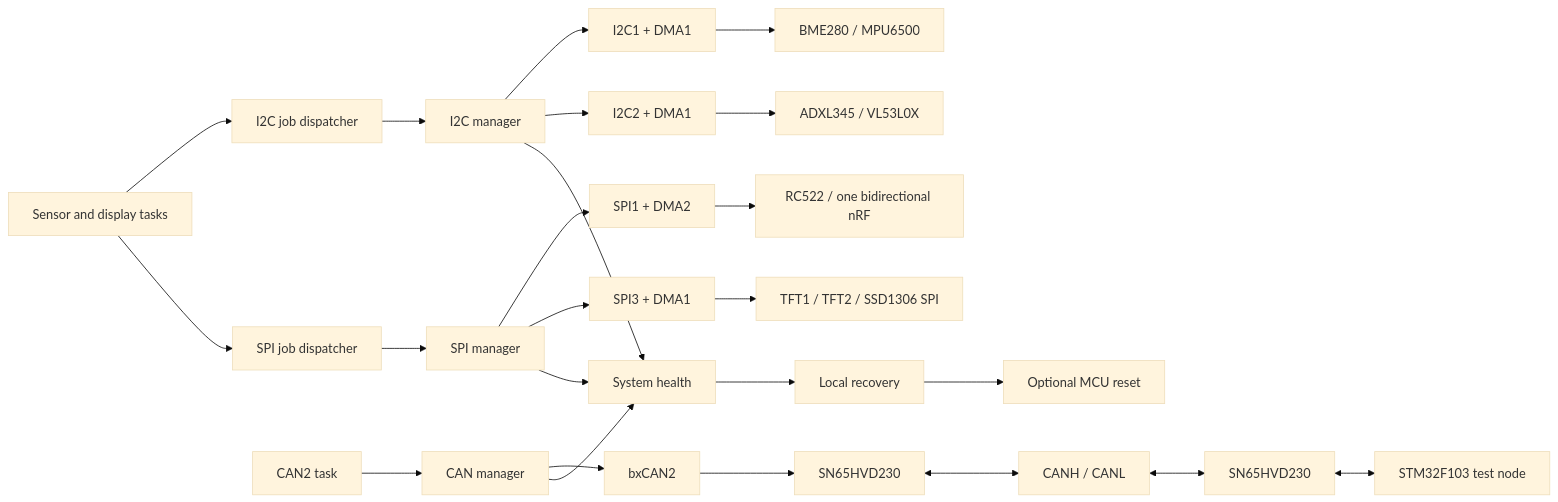
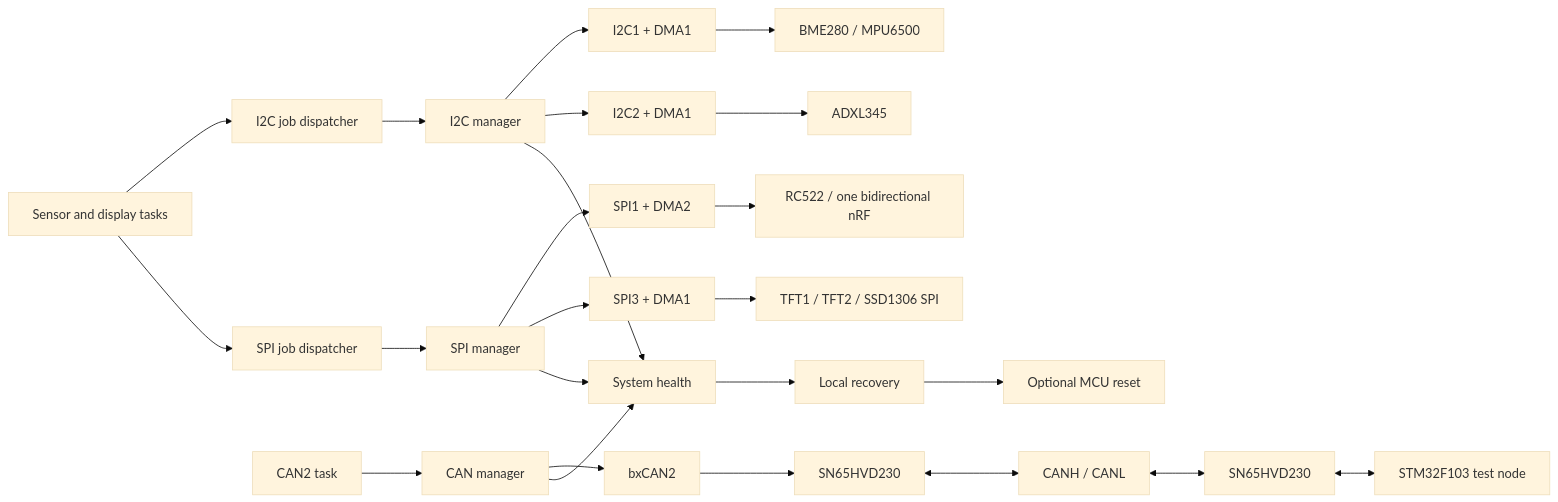
One commit to mechacoredev/stm32f4-freertos-multi-device-hub changed the diagram in README.md. Above: the diagram before and after it, drawn with Mermaid (base theme). The commit also changed other lines of this file and 97 other files, not shown here.

````diff
--- a/README.md
+++ b/README.md
@@ -29,30 +29,30 @@
 ```mermaid
 flowchart LR
     Sensors[Sensor and display tasks] --> I2CQ[I2C job dispatcher]
     Sensors --> SPIQ[SPI job dispatcher]
     CANApp[CAN2 task] --> CANM[CAN manager]
 
     I2CQ --> I2CM[I2C manager]
     SPIQ --> SPIM[SPI manager]
 
     I2CM --> I2C1[I2C1 + DMA1]
     I2CM --> I2C2[I2C2 + DMA1]
     SPIM --> SPI1[SPI1 + DMA2]
     SPIM --> SPI3[SPI3 + DMA1]
     CANM --> CAN2[bxCAN2]
 
     I2C1 --> I2CDevices[BME280 / MPU6500]
-    I2C2 --> I2C2Devices[ADXL345 / VL53L0X]
+    I2C2 --> I2C2Devices[ADXL345]
     SPI1 --> SPI1Devices[RC522 / one bidirectional nRF]
     SPI3 --> SPI3Devices[TFT1 / TFT2 / SSD1306 SPI]
     CAN2 --> PHY1[SN65HVD230]
     PHY1 <--> Bus[CANH / CANL]
     Bus <--> PHY2[SN65HVD230]
     PHY2 <--> F103[STM32F103 test node]
 
     I2CM --> Health[System health]
     SPIM --> Health
     CANM --> Health
     Health --> Recovery[Local recovery]
     Recovery --> Reset[Optional MCU reset]
 ```
````
